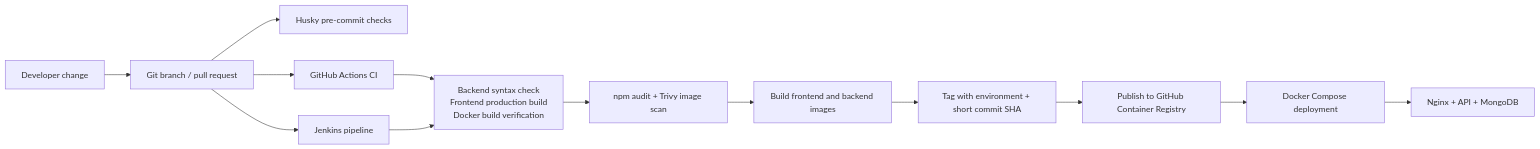
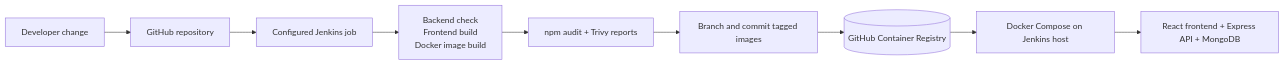
The diagram in README.md (sinethch/06-09-2026-Jenkins), drawn with Mermaid before and after one commit. The commit also changed other lines of this file and 6 other files, not shown here.

````diff
--- a/README.md
+++ b/README.md
@@ -28,15 +24,11 @@
 ```mermaid
 flowchart LR
-    Dev[Developer change] --> Git[Git branch / pull request]
-    Git --> Local[Husky pre-commit checks]
-    Git --> GHA[GitHub Actions CI]
-    Git --> Jenkins[Jenkins pipeline]
-    GHA --> Checks[Backend syntax check<br/>Frontend production build<br/>Docker build verification]
-    Jenkins --> Checks
-    Checks --> Audit[npm audit + Trivy image scan]
-    Audit --> Build[Build frontend and backend images]
-    Build --> Tag[Tag with environment + short commit SHA]
-    Tag --> Registry[Publish to GitHub Container Registry]
-    Registry --> Deploy[Docker Compose deployment]
-    Deploy --> App[Nginx + API + MongoDB]
+    Dev[Developer change] --> Git[GitHub repository]
+    Git --> Jenkins[Configured Jenkins job]
+    Jenkins --> Checks[Backend check<br/>Frontend build<br/>Docker image build]
+    Checks --> Scan[npm audit + Trivy reports]
+    Scan --> Images[Branch and commit tagged images]
+    Images --> GHCR[(GitHub Container Registry)]
+    GHCR --> Compose[Docker Compose on Jenkins host]
+    Compose --> App[React frontend + Express API + MongoDB]
 ```
````
